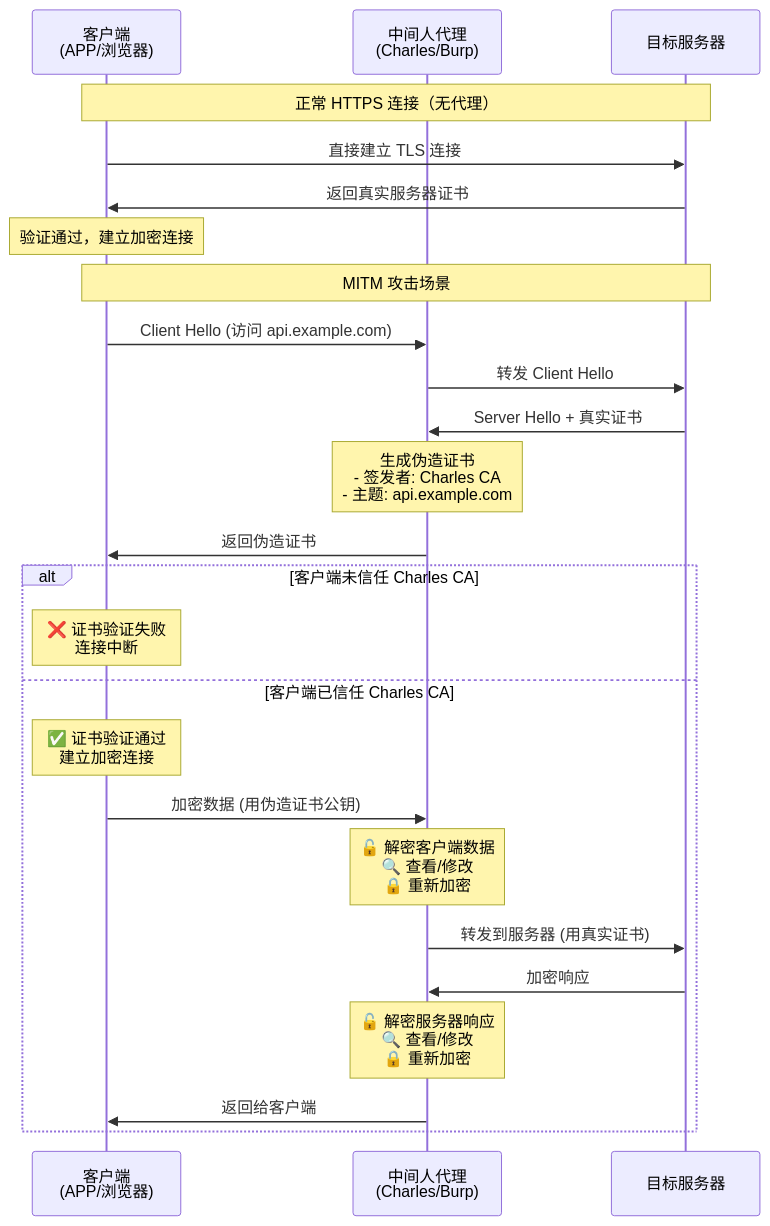
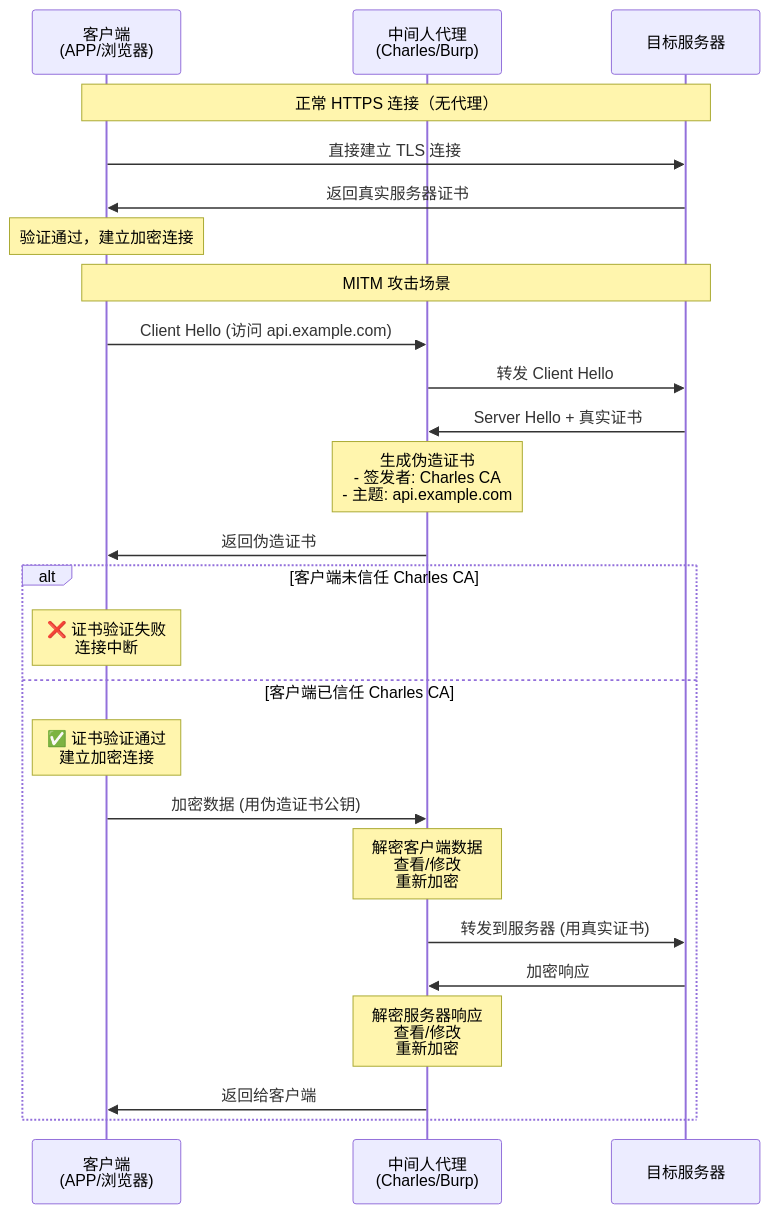
The third of 5 diagrams in web_reversing/docs/01-Foundations/tls_ssl_handshake.md (overkazaf/reverse_engineering), drawn with Mermaid before and after one commit. The commit also changed other lines of this file and 328 other files, not shown here.

````diff
--- a/web_reversing/docs/01-Foundations/tls_ssl_handshake.md
+++ b/web_reversing/docs/01-Foundations/tls_ssl_handshake.md
@@ -110,32 +110,32 @@
 ```mermaid
 sequenceDiagram
-    participant Client as 客户端<br/>(APP/浏览器)
-    participant Proxy as 中间人代理<br/>(Charles/Burp)
-    participant Server as 目标服务器
+participant Client as 客户端<br/>(APP/浏览器)
+participant Proxy as 中间人代理<br/>(Charles/Burp)
+participant Server as 目标服务器
 
-    Note over Client,Server: 正常 HTTPS 连接（无代理）
-    Client->>Server: 直接建立 TLS 连接
-    Server->>Client: 返回真实服务器证书
-    Note over Client: 验证通过，建立加密连接
+Note over Client,Server: 正常 HTTPS 连接（无代理）
+Client->>Server: 直接建立 TLS 连接
+Server->>Client: 返回真实服务器证书
+Note over Client: 验证通过，建立加密连接
 
-    Note over Client,Server: MITM 攻击场景
-    Client->>Proxy: Client Hello (访问 api.example.com)
-    Proxy->>Server: 转发 Client Hello
-    Server->>Proxy: Server Hello + 真实证书
+Note over Client,Server: MITM 攻击场景
+Client->>Proxy: Client Hello (访问 api.example.com)
+Proxy->>Server: 转发 Client Hello
+Server->>Proxy: Server Hello + 真实证书
 
-    Note over Proxy: 生成伪造证书<br/>- 签发者: Charles CA<br/>- 主题: api.example.com
+Note over Proxy: 生成伪造证书<br/>- 签发者: Charles CA<br/>- 主题: api.example.com
 
-    Proxy->>Client: 返回伪造证书
+Proxy->>Client: 返回伪造证书
 
-    alt 客户端未信任 Charles CA
-        Note over Client: ❌ 证书验证失败<br/>连接中断
-    else 客户端已信任 Charles CA
-        Note over Client: ✅ 证书验证通过<br/>建立加密连接
-        Client->>Proxy: 加密数据 (用伪造证书公钥)
-        Note over Proxy: 🔓 解密客户端数据<br/>🔍 查看/修改<br/>🔒 重新加密
-        Proxy->>Server: 转发到服务器 (用真实证书)
-        Server->>Proxy: 加密响应
-        Note over Proxy: 🔓 解密服务器响应<br/>🔍 查看/修改<br/>🔒 重新加密
-        Proxy->>Client: 返回给客户端
-    end
+alt 客户端未信任 Charles CA
+Note over Client: ❌ 证书验证失败<br/>连接中断
+else 客户端已信任 Charles CA
+Note over Client: ✅ 证书验证通过<br/>建立加密连接
+Client->>Proxy: 加密数据 (用伪造证书公钥)
+Note over Proxy: 解密客户端数据<br/> 查看/修改<br/> 重新加密
+Proxy->>Server: 转发到服务器 (用真实证书)
+Server->>Proxy: 加密响应
+Note over Proxy: 解密服务器响应<br/> 查看/修改<br/> 重新加密
+Proxy->>Client: 返回给客户端
+end
 ```
````
